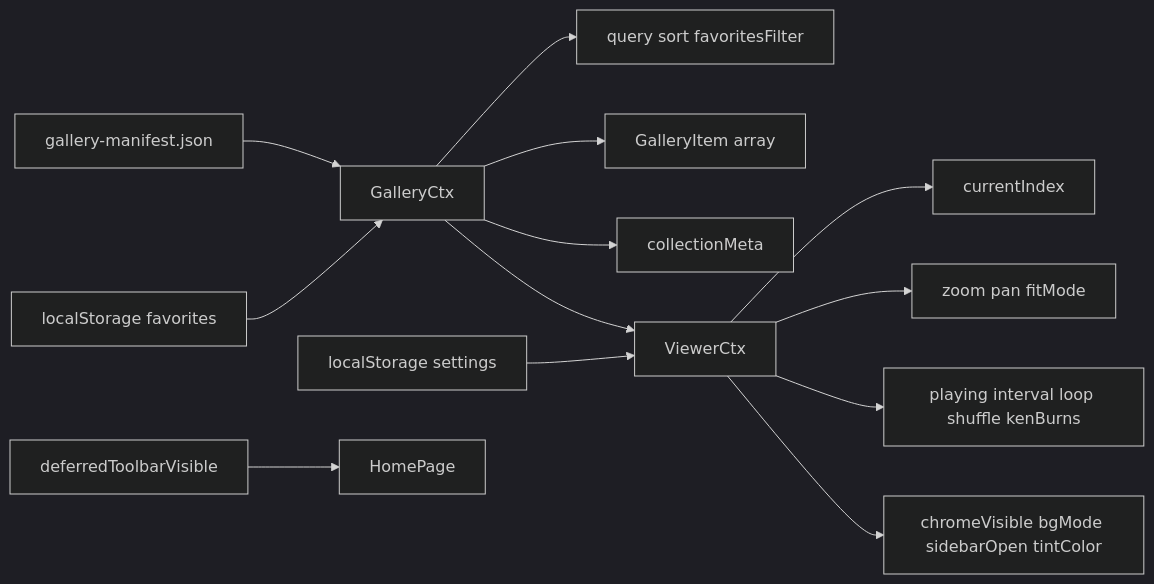
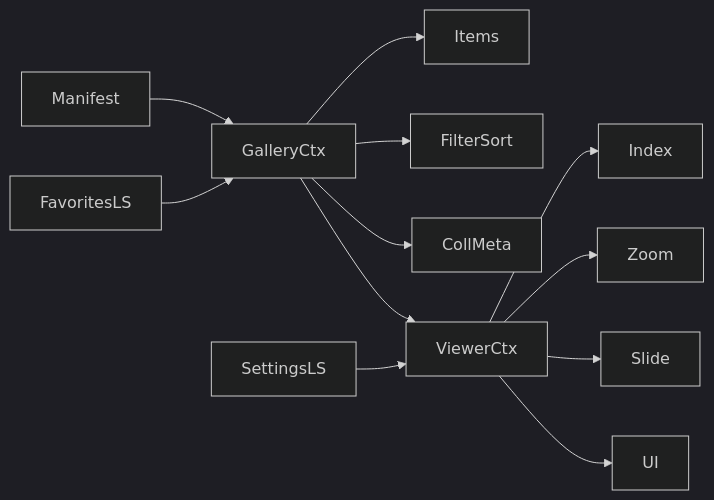
Before and after one commit to raj-kaurav/slideshow-tool: the second of 2 diagrams in docs/ARCHITECTURE.md, drawn with Mermaid (dark theme). The commit also changed other lines of this file and 8 other files, not shown here.

````diff
--- a/docs/ARCHITECTURE.md
+++ b/docs/ARCHITECTURE.md
@@ -298,15 +100,14 @@
 ```mermaid
 flowchart LR
-  Manifest[gallery-manifest.json] --> GalleryCtx
-  GalleryCtx --> FilterSort[query sort favoritesFilter]
-  GalleryCtx --> Items[GalleryItem array]
-  GalleryCtx --> CollMeta[collectionMeta]
-  FavoritesLS[localStorage favorites] --> GalleryCtx
-  SettingsLS[localStorage settings] --> ViewerCtx
+  Manifest --> GalleryCtx
+  GalleryCtx --> Items
+  GalleryCtx --> FilterSort
+  GalleryCtx --> CollMeta
+  FavoritesLS --> GalleryCtx
+  SettingsLS --> ViewerCtx
   GalleryCtx --> ViewerCtx
-  ViewerCtx --> Index[currentIndex]
-  ViewerCtx --> Zoom[zoom pan fitMode]
-  ViewerCtx --> Slide[playing interval loop shuffle kenBurns]
-  ViewerCtx --> UI[chromeVisible bgMode sidebarOpen tintColor]
-  ToolbarUI[deferredToolbarVisible] --> HomePage
+  ViewerCtx --> Index
+  ViewerCtx --> Zoom
+  ViewerCtx --> Slide
+  ViewerCtx --> UI
 ```
````
